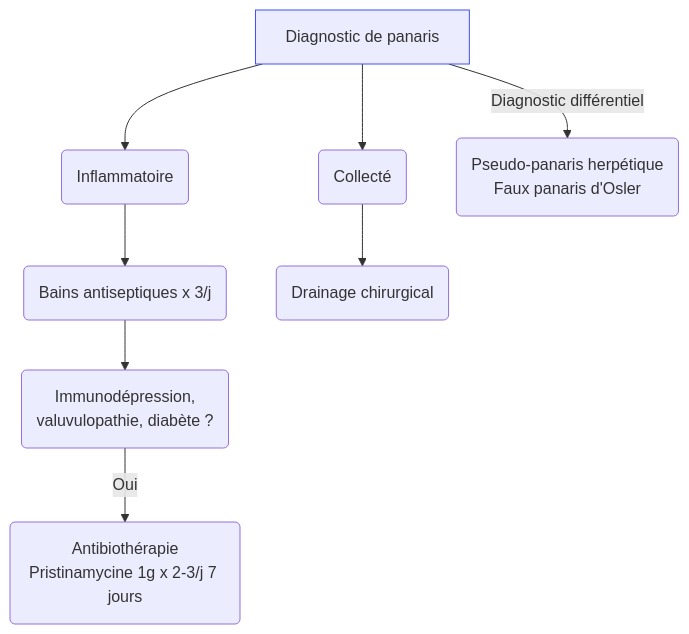
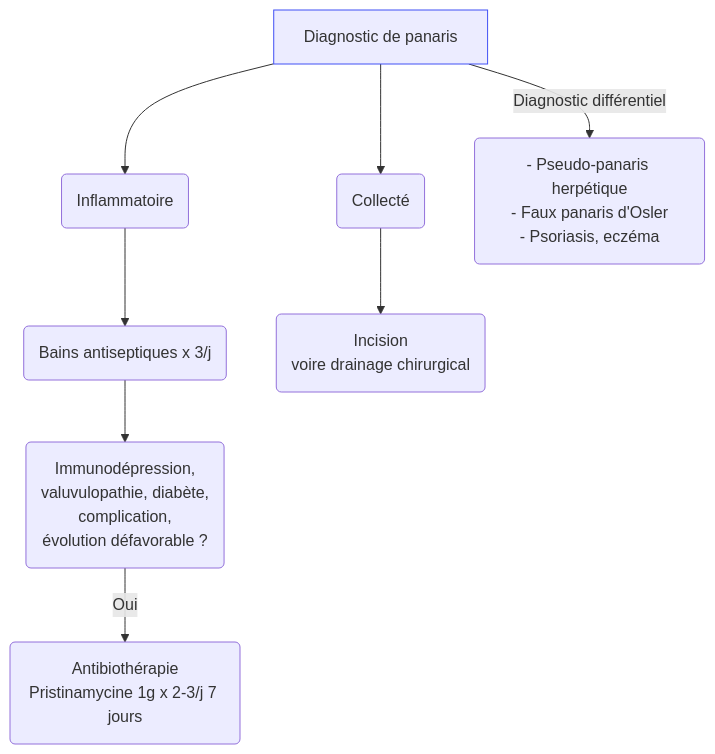
The diagram in content/recommandations/panaris.md (djibe/recommandations-medicales), drawn with Mermaid before and after one commit. The commit also changed other lines of this file and 8 other files, not shown here.

```diff
--- a/content/recommandations/panaris.md
+++ b/content/recommandations/panaris.md
@@ -130,7 +137,7 @@
-{{< mermaid title="Conduite à tenir devant un panaris" >}}
+{{< mermaid title="Prise en charge d'un panaris" >}}
 graph TB
-  diagnostic[Diagnostic de panaris] --> inflammatoire(Inflammatoire) --> bains(Bains antiseptiques x 3/j) --> immunodepression("Immunodépression,<br>valuvulopathie, diabète ?") -- Oui --> ATB(Antibiothérapie<br>Pristinamycine 1g x 2-3/j 7 jours)
+  diagnostic[Diagnostic de panaris] --> inflammatoire(Inflammatoire) --> bains(Bains antiseptiques x 3/j) --> immunodepression("Immunodépression,<br>valuvulopathie, diabète,<br>complication,<br>évolution défavorable ?") -- Oui --> ATB(Antibiothérapie<br>Pristinamycine 1g x 2-3/j 7 jours)
   style diagnostic stroke:#4150f5, stroke-width:1px
-  diagnostic --> collecte(Collecté) --> chir(Drainage chirurgical)
-  diagnostic -- Diagnostic différentiel --> differentiel("Pseudo-panaris herpétique<br>Faux panaris d'Osler")
+  diagnostic --> collecte(Collecté) --> chir(Incision<br>voire drainage chirurgical)
+  diagnostic -- Diagnostic différentiel --> differentiel("- Pseudo-panaris herpétique<br>- Faux panaris d'Osler<br>- Psoriasis, eczéma")
 {{< /mermaid >}}
```
